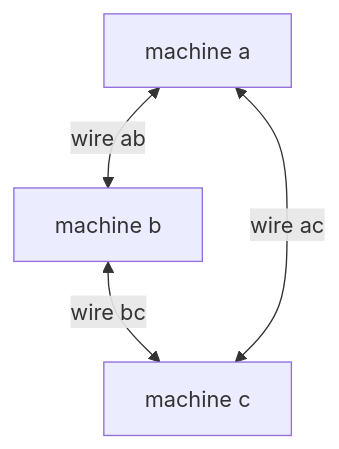
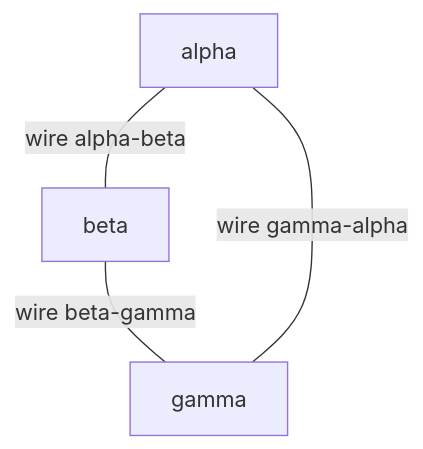
Before and after one commit to omne-earth/cella: the fourth of 5 diagrams in docs/EXAMPLES.md, drawn with Mermaid. The commit also changed other lines of this file and 19 other files, not shown here.

````diff
--- a/docs/EXAMPLES.md
+++ b/docs/EXAMPLES.md
@@ -82,9 +124,9 @@
 ```mermaid
 graph TD
-    A[machine a]
-    B[machine b]
-    C[machine c]
-    A <-- "wire ab" --> B
-    B <-- "wire bc" --> C
-    A <-- "wire ac" --> C
+    A["alpha"]
+    B["beta"]
+    C["gamma"]
+    A ---|"wire alpha-beta"| B
+    B ---|"wire beta-gamma"| C
+    C ---|"wire gamma-alpha"| A
 ```
````
